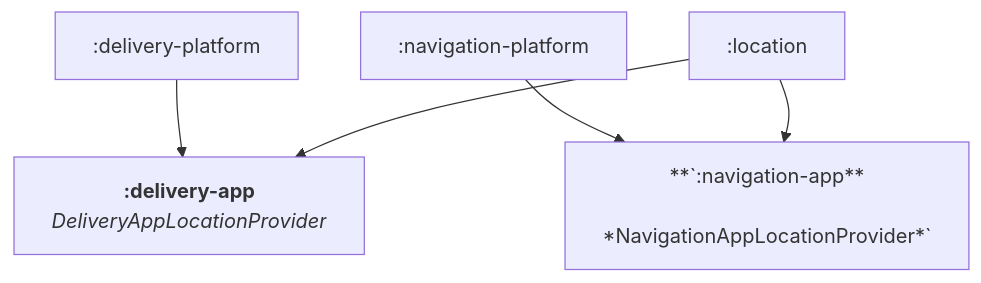
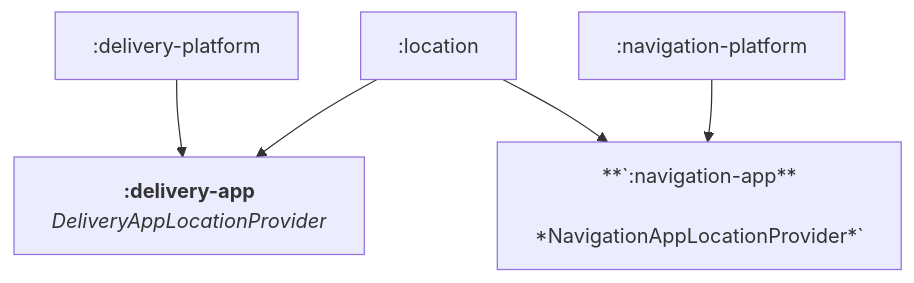
Before and after one commit to amzn/app-platform: the second of 2 diagrams in docs/module-structure.md, drawn with Mermaid. The commit also changed other lines of this file, not shown here.

````diff
--- a/docs/module-structure.md
+++ b/docs/module-structure.md
@@ -64,16 +64,16 @@
 ```mermaid
 %%{init: {'themeCSS': '.label { font-family: monospace; }'}}%%
 graph TD
   delivery-platform["`:delivery-platform`"]
+  location["`:location`"]
   navigation-platform["`:navigation-platform`"]
-  location["`:location`"]
   delivery-app["`**:delivery-app**
   *DeliveryAppLocationProvider*`"]
   navigation-app["**`:navigation-app**
   *NavigationAppLocationProvider*`"]
 
   delivery-platform --> delivery-app
   navigation-platform --> navigation-app
   location --> delivery-app
   location --> navigation-app
 ```
````
